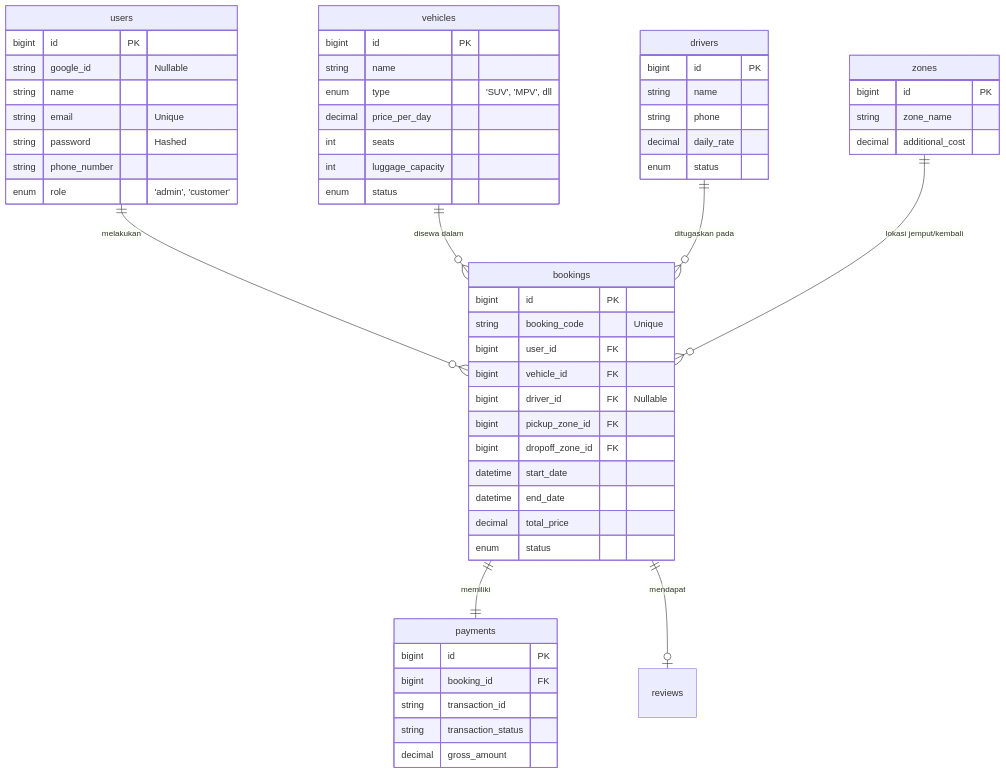
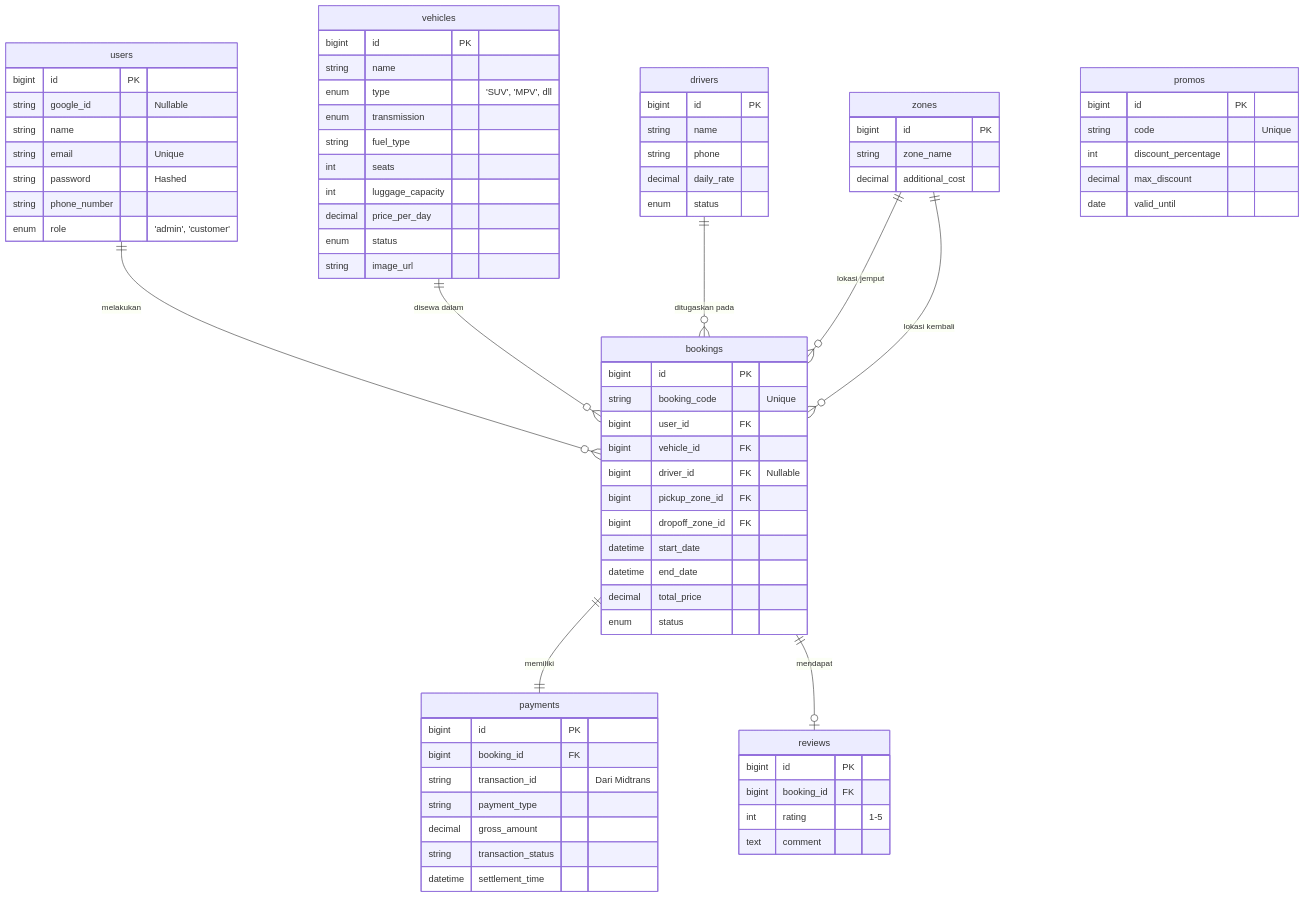
One commit to rahmadwidiansyah/KlikRental changed the diagram in README.md. Above: the diagram before and after it, drawn with Mermaid. The commit also changed other lines of this file, not shown here.

Commit message:
docs with ERD
Updated the entity relationships and attributes in the ER diagram. Added new fields for zones, payments, reviews, and promos.

````diff
--- a/README.md
+++ b/README.md
@@ -68,7 +68,8 @@
     users ||--o{ bookings : "melakukan"
     vehicles ||--o{ bookings : "disewa dalam"
     drivers ||--o{ bookings : "ditugaskan pada"
-    zones ||--o{ bookings : "lokasi jemput/kembali"
+    zones ||--o{ bookings : "lokasi jemput"
+    zones ||--o{ bookings : "lokasi kembali"
     bookings ||--|| payments : "memiliki"
     bookings ||--o| reviews : "mendapat"
 
@@ -86,10 +87,13 @@
         bigint id PK
         string name
         enum type "'SUV', 'MPV', dll"
-        decimal price_per_day
+        enum transmission
+        string fuel_type
         int seats
         int luggage_capacity
+        decimal price_per_day
         enum status
+        string image_url
     }
 
     zones {
@@ -123,8 +127,25 @@
     payments {
         bigint id PK
         bigint booking_id FK
-        string transaction_id
+        string transaction_id "Dari Midtrans"
+        string payment_type
+        decimal gross_amount
         string transaction_status
-        decimal gross_amount
+        datetime settlement_time
+    }
+
+    reviews {
+        bigint id PK
+        bigint booking_id FK
+        int rating "1-5"
+        text comment
+    }
+
+    promos {
+        bigint id PK
+        string code "Unique"
+        int discount_percentage
+        decimal max_discount
+        date valid_until
     }
 ```
````
